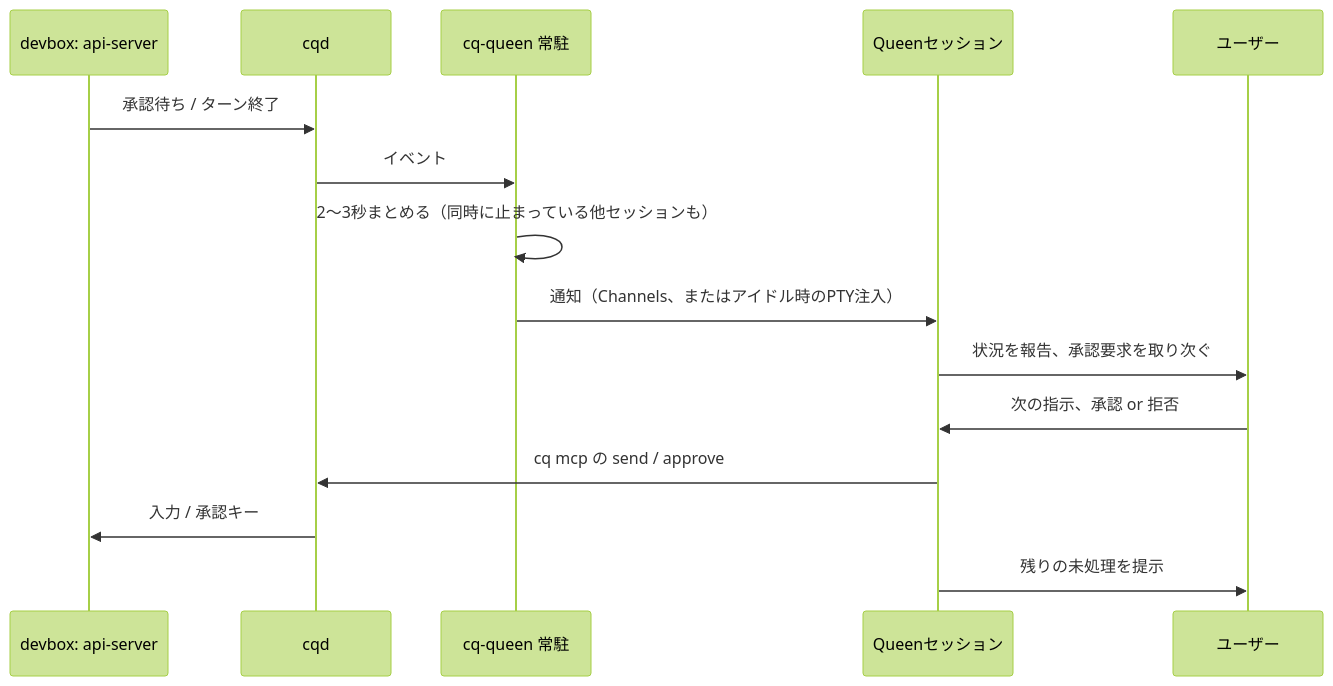
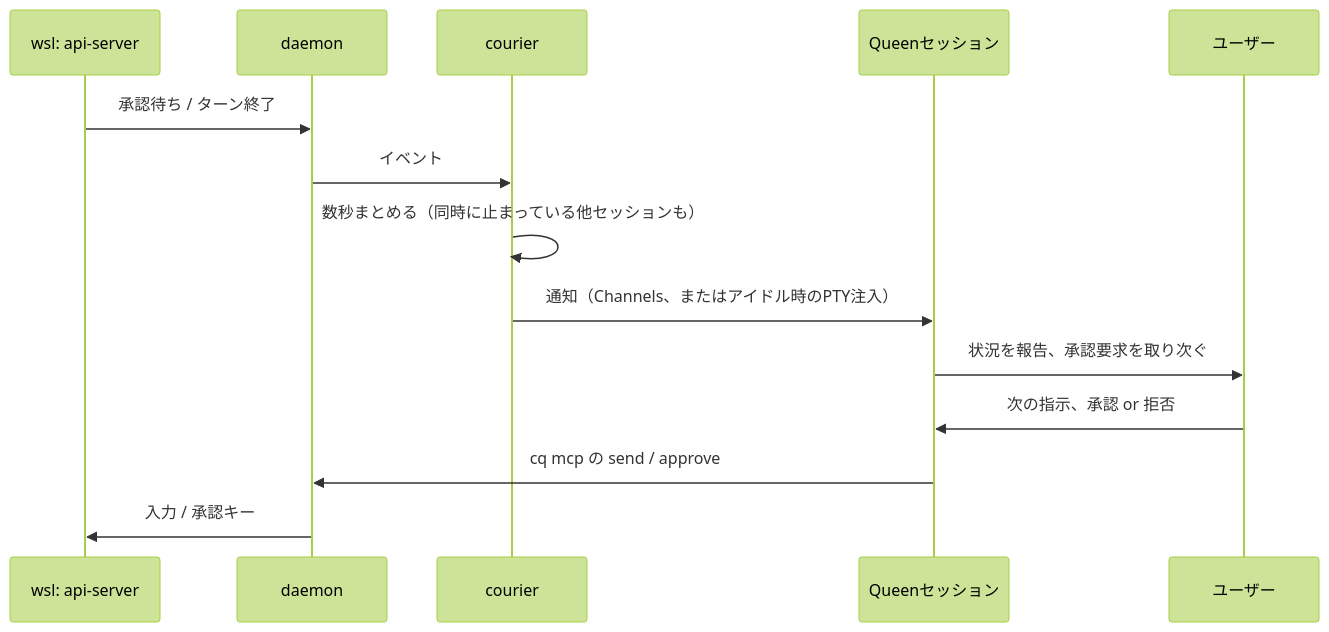
One commit to okenakt/code-quilt changed the third of 3 diagrams in docs/design.md. Above: the diagram before and after it, drawn with Mermaid (forest theme). The commit also changed other lines of this file and 3 other files, not shown here.

````diff
--- a/docs/design.md
+++ b/docs/design.md
@@ -311,17 +237,16 @@
 ```mermaid
 sequenceDiagram
-  participant S as devbox: api-server
-  participant D as cqd
-  participant Q as cq-queen 常駐
+  participant S as wsl: api-server
+  participant D as daemon
+  participant C as courier
   participant QS as Queenセッション
   participant U as ユーザー
   S->>D: 承認待ち / ターン終了
-  D->>Q: イベント
-  Q->>Q: 2〜3秒まとめる（同時に止まっている他セッションも）
-  Q->>QS: 通知（Channels、またはアイドル時のPTY注入）
+  D->>C: イベント
+  C->>C: 数秒まとめる（同時に止まっている他セッションも）
+  C->>QS: 通知（Channels、またはアイドル時のPTY注入）
   QS->>U: 状況を報告、承認要求を取り次ぐ
   U->>QS: 次の指示、承認 or 拒否
   QS->>D: cq mcp の send / approve
   D->>S: 入力 / 承認キー
-  QS->>U: 残りの未処理を提示
 ```
````
